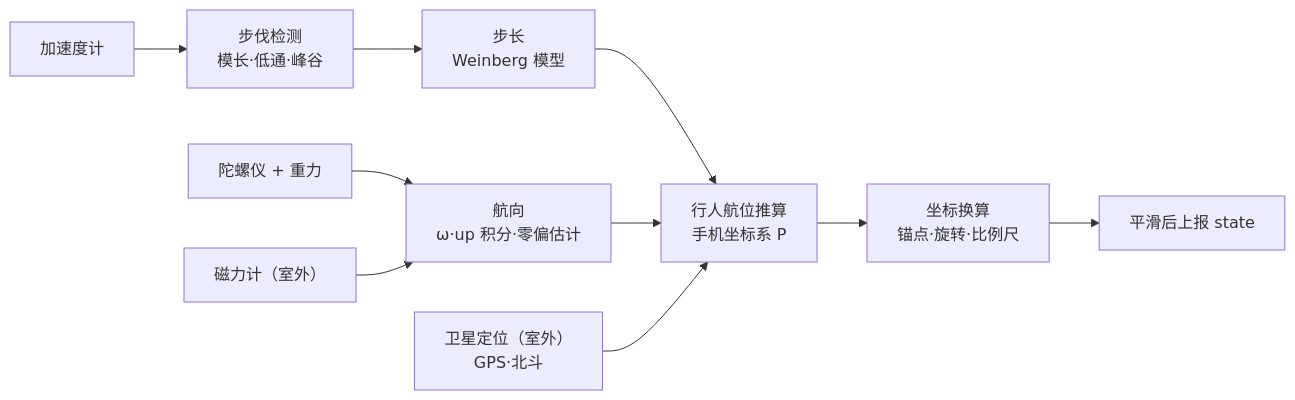
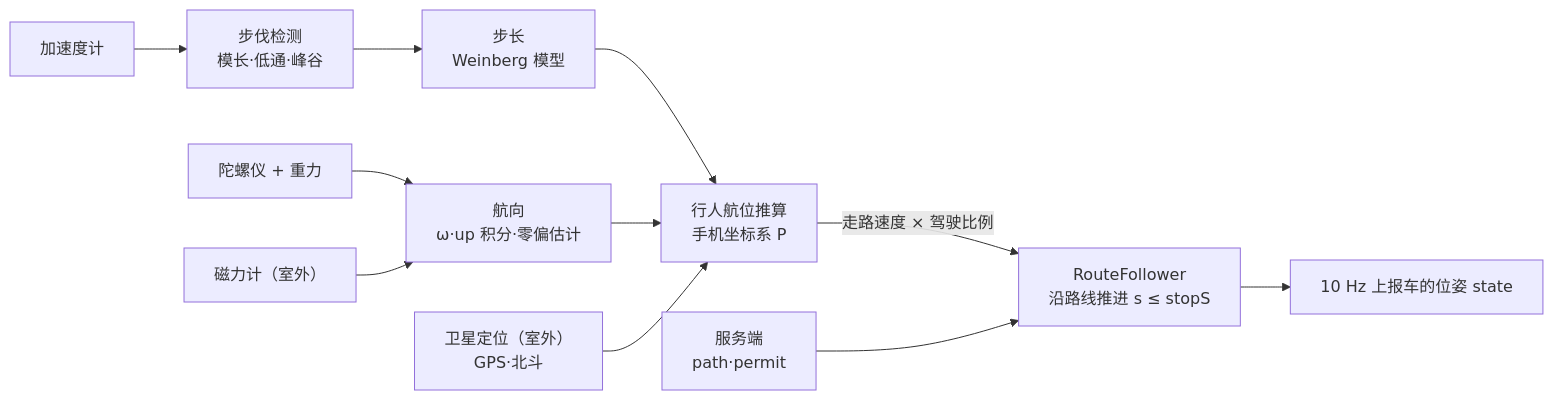
Before and after one commit to fuzeliang1/ZongC: the fourth of 6 diagrams in docs/architecture.md, drawn with Mermaid. The commit also changed other lines of this file and 113 other files, not shown here.

````diff
--- a/docs/architecture.md
+++ b/docs/architecture.md
@@ -181,12 +183,13 @@
 ```mermaid
 flowchart LR
     A["加速度计"] --> SD["步伐检测<br/>模长·低通·峰谷"]
     SD --> SL["步长<br/>Weinberg 模型"]
     GY["陀螺仪 + 重力"] --> HE["航向<br/>ω·up 积分·零偏估计"]
     MG["磁力计（室外）"] --> HE
     SL --> PDR["行人航位推算<br/>手机坐标系 P"]
     HE --> PDR
     GN["卫星定位（室外）<br/>GPS·北斗"] --> PDR
-    PDR --> MF["坐标换算<br/>锚点·旋转·比例尺"]
-    MF --> OUT["平滑后上报 state"]
+    PDR -->|"走路速度 × 驾驶比例"| RF["RouteFollower<br/>沿路线推进 s ≤ stopS"]
+    SRV["服务端<br/>path·permit"] --> RF
+    RF --> OUT["10 Hz 上报车的位姿 state"]
 ```
````
